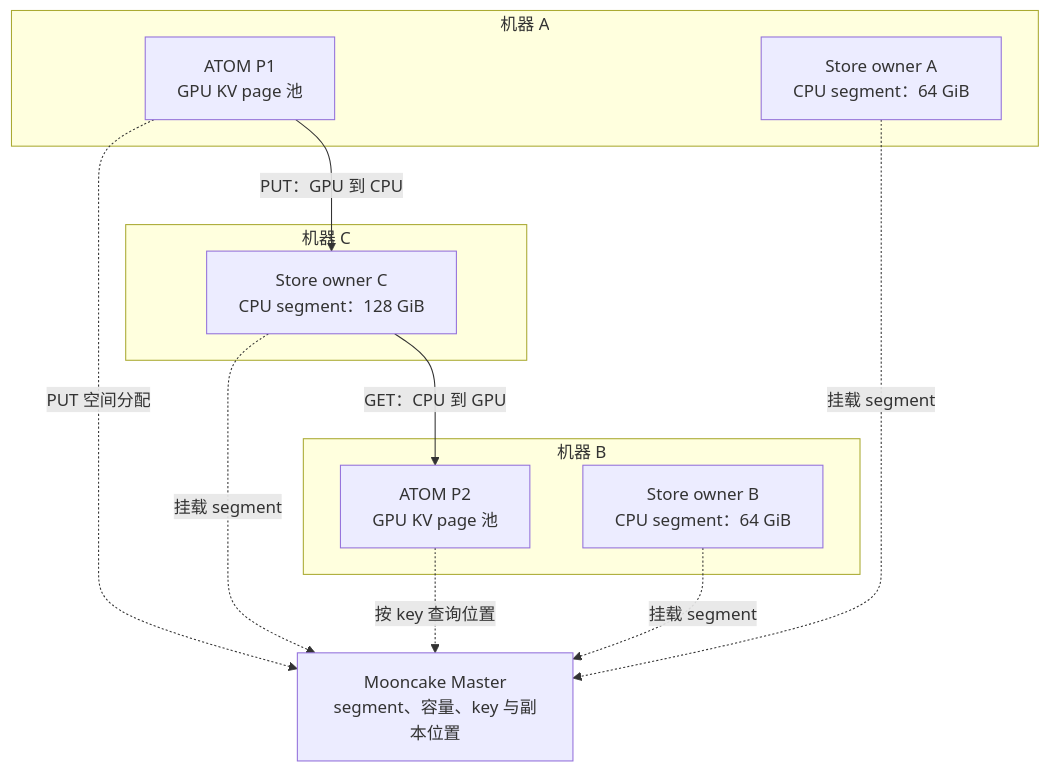
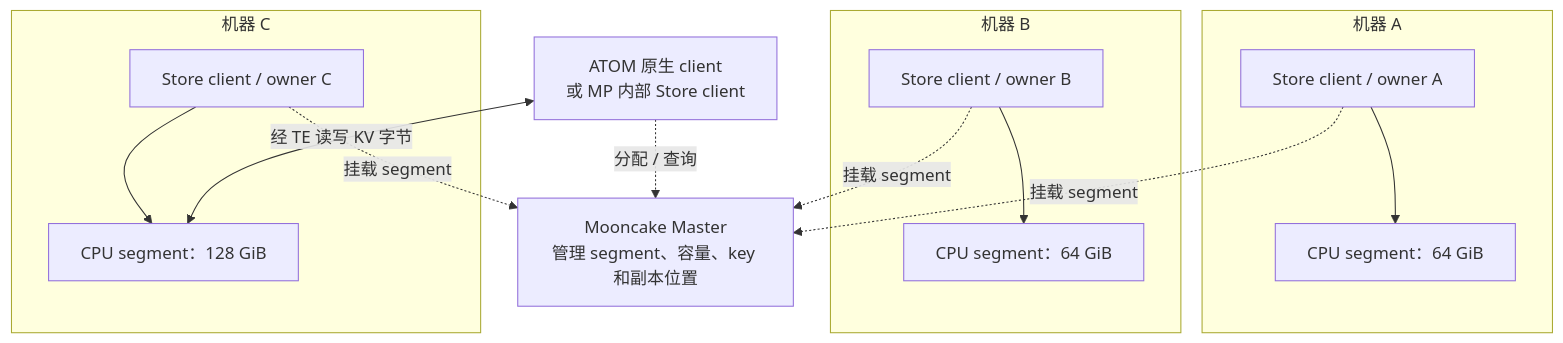
The eighth of 21 diagrams in docs/atom_shared_kv_research_20260922.md (Jasen2201/ATOM), drawn with Mermaid before and after one commit. The commit also changed other lines of this file, not shown here.

````diff
--- a/docs/atom_shared_kv_research_20260922.md
+++ b/docs/atom_shared_kv_research_20260922.md
@@ -45,22 +215,18 @@
 ```mermaid
 flowchart TB
-    M["Mooncake Master<br/>segment、容量、key 与副本位置"]
+    M["Mooncake Master<br/>管理 segment、容量、key 和副本位置"]
     subgraph A["机器 A"]
-        P1["ATOM P1<br/>GPU KV page 池"]
-        SA["Store owner A<br/>CPU segment：64 GiB"]
+        CA["Store client / owner A"] --> SA["CPU segment：64 GiB"]
     end
     subgraph B["机器 B"]
-        P2["ATOM P2<br/>GPU KV page 池"]
-        SB["Store owner B<br/>CPU segment：64 GiB"]
+        CB["Store client / owner B"] --> SB["CPU segment：64 GiB"]
     end
     subgraph C["机器 C"]
-        SC["Store owner C<br/>CPU segment：128 GiB"]
+        CC["Store client / owner C"] --> SC["CPU segment：128 GiB"]
     end
-    SA -.->|"挂载 segment"| M
-    SB -.->|"挂载 segment"| M
-    SC -.->|"挂载 segment"| M
-    P1 -.->|"PUT 空间分配"| M
-    P2 -.->|"按 key 查询位置"| M
-    P1 -->|"PUT：GPU 到 CPU"| SC
-    SC -->|"GET：CPU 到 GPU"| P2
+    CA -.->|"挂载 segment"| M
+    CB -.->|"挂载 segment"| M
+    CC -.->|"挂载 segment"| M
+    Client["ATOM 原生 client<br/>或 MP 内部 Store client"] -.->|"分配 / 查询"| M
+    Client <-->|"经 TE 读写 KV 字节"| SC
 ```
````
